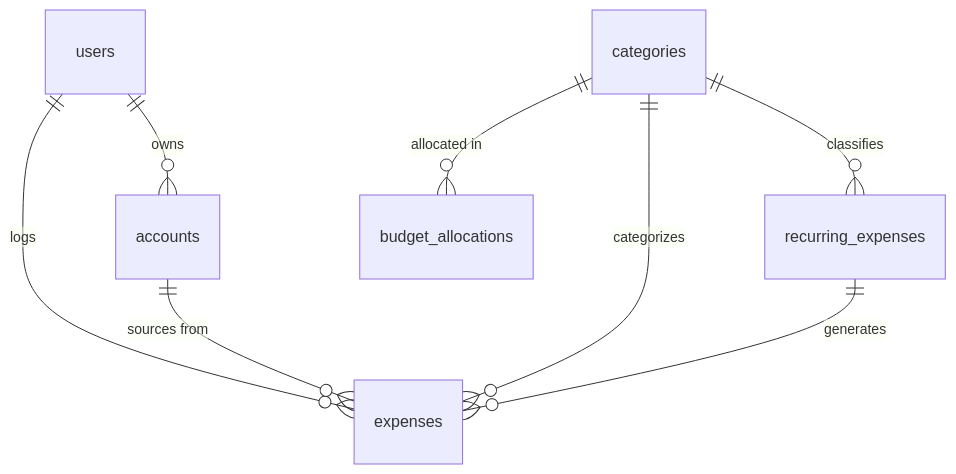
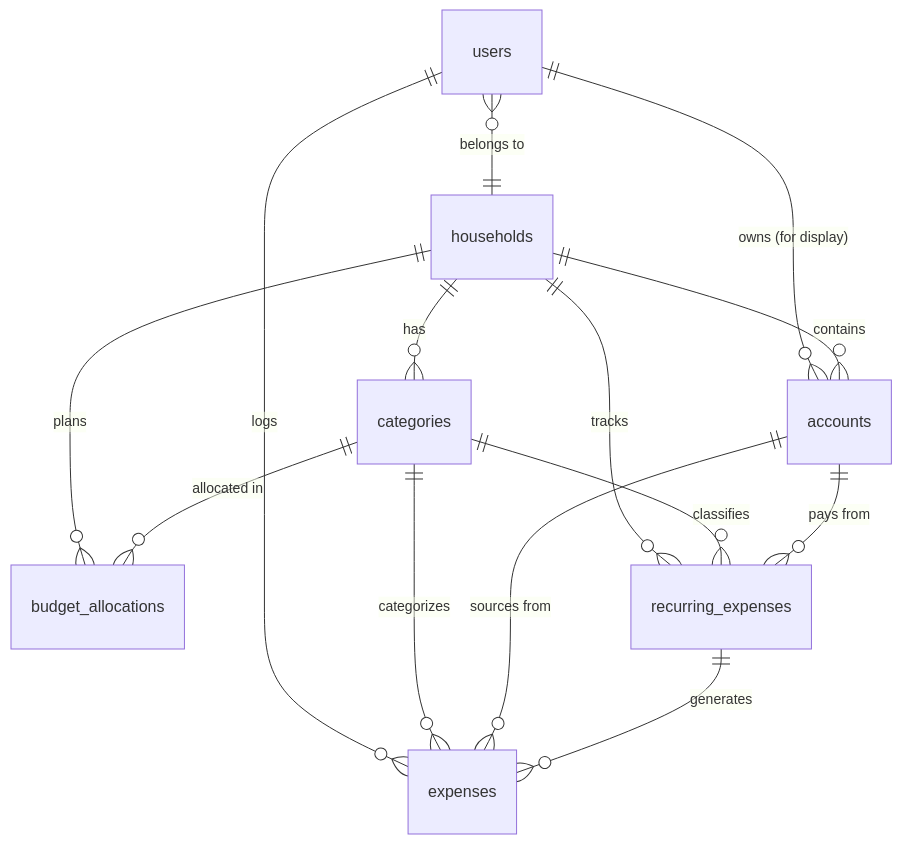
One commit to tucared/quick-budget changed the diagram in DATA_MODEL.md. Above: the diagram before and after it, drawn with Mermaid. The commit also changed other lines of this file and 8 other files, not shown here.

````diff
--- a/DATA_MODEL.md
+++ b/DATA_MODEL.md
@@ -9,20 +9,28 @@
 ```mermaid
 erDiagram
+    users }o--|| households : "belongs to"
     users ||--o{ expenses : "logs"
-    users ||--o{ accounts : "owns"
+    users ||--o{ accounts : "owns (for display)"
+
+    households ||--o{ accounts : "contains"
+    households ||--o{ categories : "has"
+    households ||--o{ budget_allocations : "plans"
+    households ||--o{ recurring_expenses : "tracks"
 
     categories ||--o{ budget_allocations : "allocated in"
     categories ||--o{ expenses : "categorizes"
     categories ||--o{ recurring_expenses : "classifies"
 
     accounts ||--o{ expenses : "sources from"
+    accounts ||--o{ recurring_expenses : "pays from"
 
     recurring_expenses ||--o{ expenses : "generates"
 
     users
+    households
     categories
     budget_allocations
     expenses
     accounts
     recurring_expenses
 ```
````
